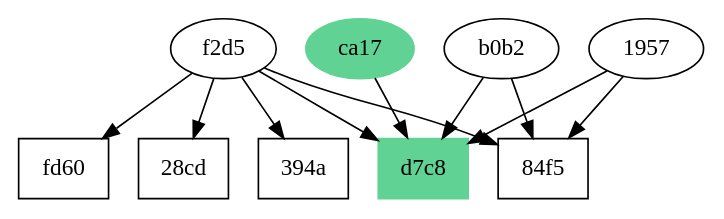
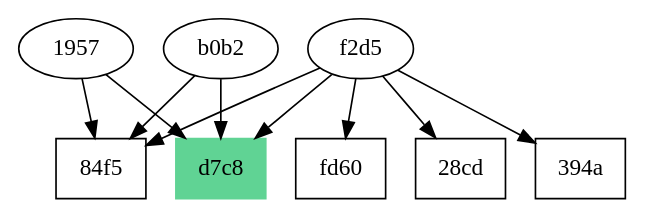
Before and after one commit to Suhail270/IPL-Data-Analysis: the diagram in DataAnalysis/also_likes_graph.dot, drawn with Graphviz. The commit also changed 2 other files, not shown here.

```diff
--- a/DataAnalysis/also_likes_graph.dot
+++ b/DataAnalysis/also_likes_graph.dot
@@ -1,27 +1,41 @@
 digraph {
-	"042245bc06ccca17" [label=ca17 color="#60d394" style=filled]
-	"8b82e1a60343f2d5" [label=f2d5]
-	"131204101549-619a95597b702aed1369d851c891fd60" [label=fd60 shape=box]
+	"8b82e1a60343f2d5" -> doc
+	"8b82e1a60343f2d5" -> "130428213605-d16c4651f56248559b242f75ad4884f5"
 	"8b82e1a60343f2d5" -> "131204101549-619a95597b702aed1369d851c891fd60"
-	"130901012449-98b43cc6fd8e4d1ccbcac441b9fb28cd" [label="28cd" shape=box]
 	"8b82e1a60343f2d5" -> "130901012449-98b43cc6fd8e4d1ccbcac441b9fb28cd"
-	"130609171715-7c9c218afa6cb11f91babc13f6c8394a" [label="394a" shape=box]
 	"8b82e1a60343f2d5" -> "130609171715-7c9c218afa6cb11f91babc13f6c8394a"
-	doc [label=d7c8 color="#60d394" shape=box style=filled]
-	"8b82e1a60343f2d5" -> doc
-	"130428213605-d16c4651f56248559b242f75ad4884f5" [label="84f5" shape=box]
-	"8b82e1a60343f2d5" -> "130428213605-d16c4651f56248559b242f75ad4884f5"
-	aaa4eaf77abab0b2 [label=b0b2]
-	doc [label=d7c8 color="#60d394" shape=box style=filled]
+	{
+		rank=same
+		doc [label=d7c8 color="#60d394" shape=box style=filled]
+		"130428213605-d16c4651f56248559b242f75ad4884f5" [label="84f5" shape=box]
+		"131204101549-619a95597b702aed1369d851c891fd60" [label=fd60 shape=box]
+		"130901012449-98b43cc6fd8e4d1ccbcac441b9fb28cd" [label="28cd" shape=box]
+		"130609171715-7c9c218afa6cb11f91babc13f6c8394a" [label="394a" shape=box]
+	}
 	aaa4eaf77abab0b2 -> doc
-	"130428213605-d16c4651f56248559b242f75ad4884f5" [label="84f5" shape=box]
 	aaa4eaf77abab0b2 -> "130428213605-d16c4651f56248559b242f75ad4884f5"
-	"823babba91f61957" [label=1957]
-	doc [label=d7c8 color="#60d394" shape=box style=filled]
+	{
+		rank=same
+		doc [label=d7c8 color="#60d394" shape=box style=filled]
+		"130428213605-d16c4651f56248559b242f75ad4884f5" [label="84f5" shape=box]
+		"131204101549-619a95597b702aed1369d851c891fd60" [label=fd60 shape=box]
+		"130901012449-98b43cc6fd8e4d1ccbcac441b9fb28cd" [label="28cd" shape=box]
+		"130609171715-7c9c218afa6cb11f91babc13f6c8394a" [label="394a" shape=box]
+	}
 	"823babba91f61957" -> doc
-	"130428213605-d16c4651f56248559b242f75ad4884f5" [label="84f5" shape=box]
 	"823babba91f61957" -> "130428213605-d16c4651f56248559b242f75ad4884f5"
-	"042245bc06ccca17" [label=ca17 color="#60d394" style=filled]
-	doc [label=d7c8 color="#60d394" shape=box style=filled]
-	"042245bc06ccca17" -> doc
+	{
+		rank=same
+		doc [label=d7c8 color="#60d394" shape=box style=filled]
+		"130428213605-d16c4651f56248559b242f75ad4884f5" [label="84f5" shape=box]
+		"131204101549-619a95597b702aed1369d851c891fd60" [label=fd60 shape=box]
+		"130901012449-98b43cc6fd8e4d1ccbcac441b9fb28cd" [label="28cd" shape=box]
+		"130609171715-7c9c218afa6cb11f91babc13f6c8394a" [label="394a" shape=box]
+	}
+	{
+		rank=same
+		"8b82e1a60343f2d5" [label=f2d5]
+		aaa4eaf77abab0b2 [label=b0b2]
+		"823babba91f61957" [label=1957]
+	}
 }
```
